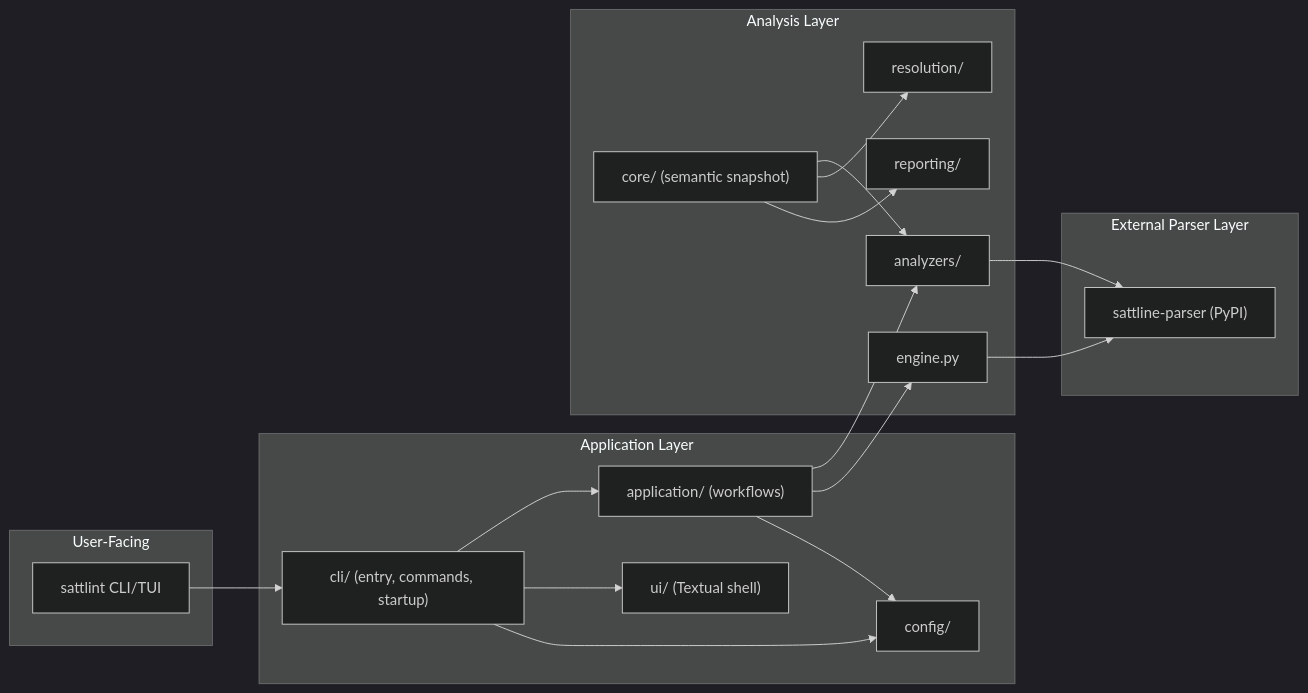
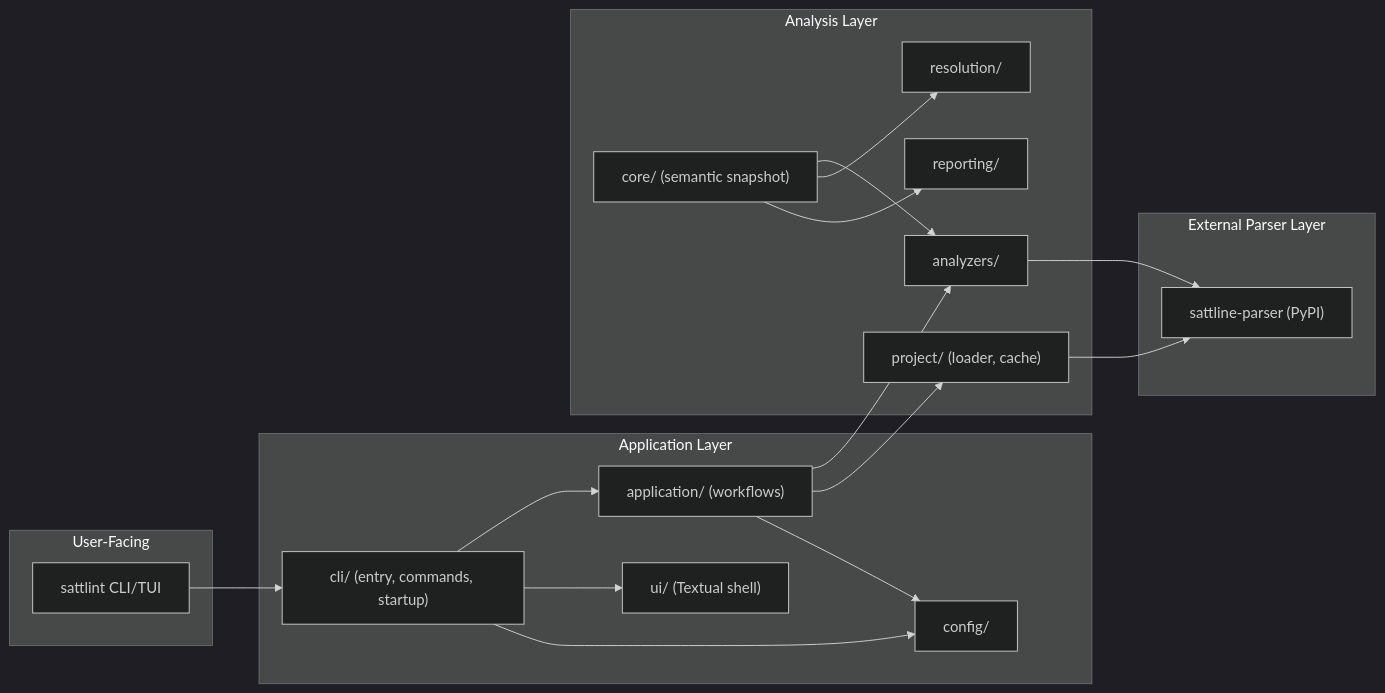
The first of 6 diagrams in ARCHITECTURE.md (SorenHJohansen/SattLint), drawn with Mermaid (dark theme) before and after one commit. The commit also changed 13 other files, not shown here.

First line of the commit message:
refactor: load corpus targets through the production project loader

````diff
--- a/ARCHITECTURE.md
+++ b/ARCHITECTURE.md
@@ -9,38 +9,38 @@
 ```mermaid
 flowchart LR
     subgraph User["User-Facing"]
         CLI["sattlint CLI/TUI"]
     end
 
     subgraph App["Application Layer"]
         CLI_LAYER["cli/ (entry, commands, startup)"]
         APPL["application/ (workflows)"]
         UI["ui/ (Textual shell)"]
         CONFIG["config/"]
     end
 
     subgraph Analysis["Analysis Layer"]
         ANALYZERS["analyzers/"]
         CORE["core/ (semantic snapshot)"]
-        ENGINE["engine.py"]
+        PROJECT["project/ (loader, cache)"]
         RESOLUTION["resolution/"]
         REPORTING["reporting/"]
     end
 
     subgraph Parser["External Parser Layer"]
         PARSER["sattline-parser (PyPI)"]
     end
 
     CLI --> CLI_LAYER
     CLI_LAYER --> APPL
     CLI_LAYER --> UI
     CLI_LAYER --> CONFIG
     APPL --> ANALYZERS
-    APPL --> ENGINE
+    APPL --> PROJECT
     APPL --> CONFIG
-    ENGINE --> PARSER
+    PROJECT --> PARSER
     CORE --> ANALYZERS
     CORE --> RESOLUTION
     CORE --> REPORTING
     ANALYZERS --> PARSER
 ```
````
